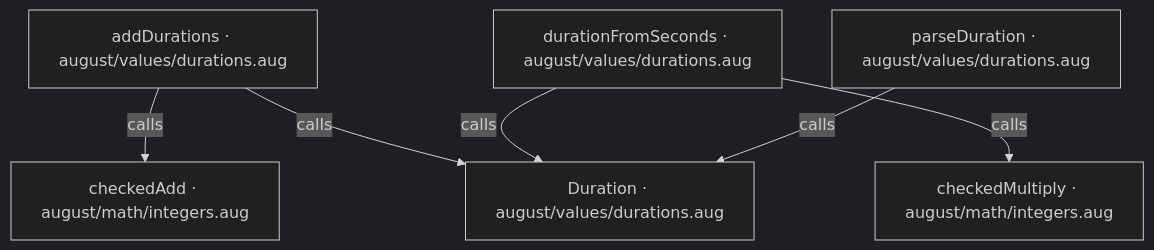
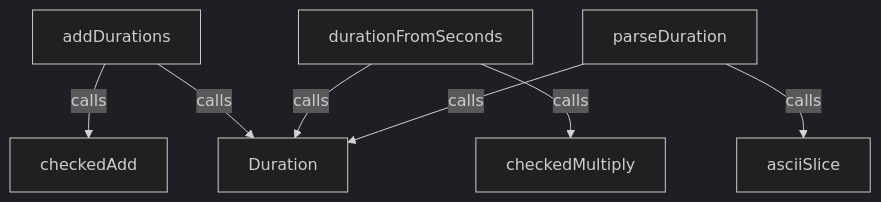
The first of 7 diagrams in src/stdlib/values/durations.aug.diagrams.md (GreenPandaStudios/augscript), drawn with Mermaid (dark theme) before and after one commit. The commit also changed other lines of this file and 524 other files, not shown here.

Commit message:
Explain checked data flow at folder and service levels

````diff
--- a/src/stdlib/values/durations.aug.diagrams.md
+++ b/src/stdlib/values/durations.aug.diagrams.md
@@ -9,14 +11,16 @@
 ```mermaid
 flowchart TD
-    n0["checkedAdd · august/math/integers.aug"]
-    n1["checkedMultiply · august/math/integers.aug"]
-    n2["Duration · august/values/durations.aug"]
-    n3["addDurations · august/values/durations.aug"]
-    n4["durationFromSeconds · august/values/durations.aug"]
-    n5["parseDuration · august/values/durations.aug"]
-    n3 -->|"calls"| n0
-    n3 -->|"calls"| n2
-    n4 -->|"calls"| n1
-    n4 -->|"calls"| n2
-    n5 -->|"calls"| n2
+    n0["checkedAdd"]
+    n1["checkedMultiply"]
+    n2["asciiSlice"]
+    n3["Duration"]
+    n4["addDurations"]
+    n5["durationFromSeconds"]
+    n6["parseDuration"]
+    n4 -->|"calls"| n0
+    n4 -->|"calls"| n3
+    n5 -->|"calls"| n1
+    n5 -->|"calls"| n3
+    n6 -->|"calls"| n2
+    n6 -->|"calls"| n3
 ```
````
